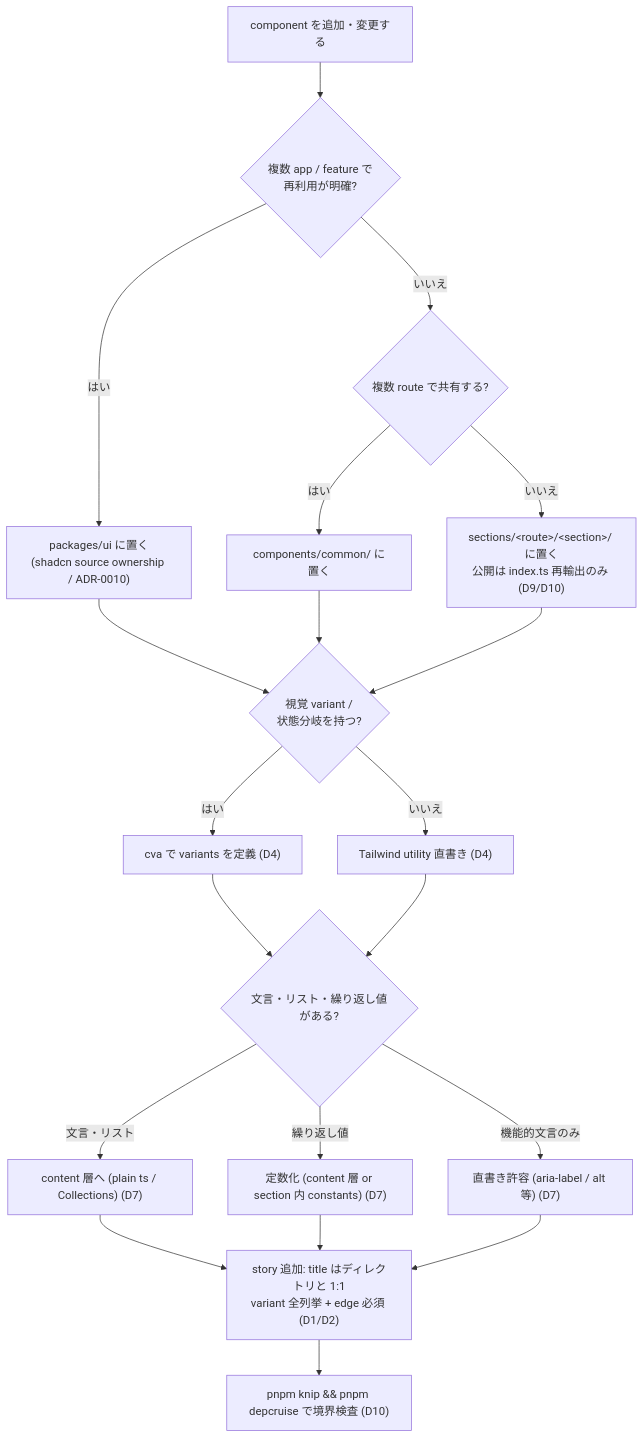
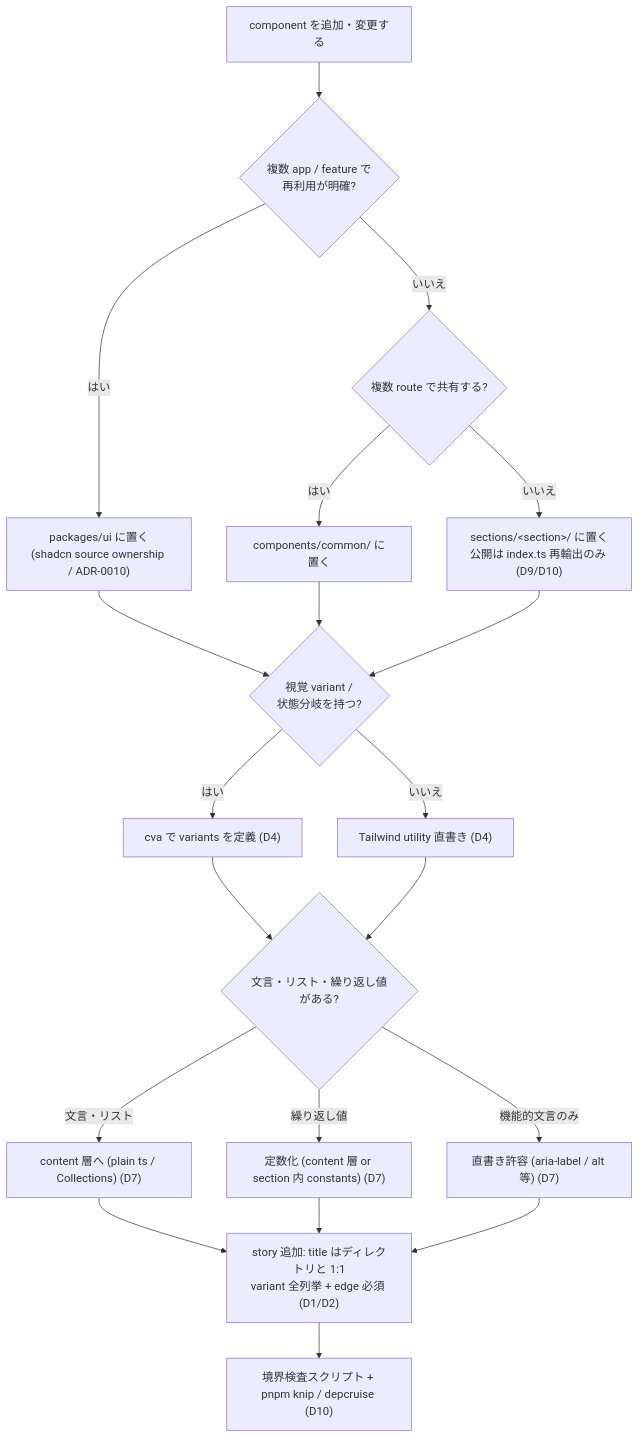
One commit to Fukuemon/kufu-apps changed the first of 3 diagrams in specs/32-component-architecture/index.md. Above: the diagram before and after it, drawn with Mermaid. The commit also changed other lines of this file, not shown here.

````diff
--- a/specs/32-component-architecture/index.md
+++ b/specs/32-component-architecture/index.md
@@ -347,22 +396,22 @@
 ```mermaid
 flowchart TD
     Start["component を追加・変更する"] --> Q1{"複数 app / feature で\n再利用が明確?"}
     Q1 -->|"はい"| UI["packages/ui に置く\n(shadcn source ownership / ADR-0010)"]
     Q1 -->|"いいえ"| Q2{"複数 route で共有する?"}
     Q2 -->|"はい"| Common["components/common/ に置く"]
-    Q2 -->|"いいえ"| Section["sections/&lt;route&gt;/&lt;section&gt;/ に置く\n公開は index.ts 再輸出のみ (D9/D10)"]
+    Q2 -->|"いいえ"| Section["sections/&lt;section&gt;/ に置く\n公開は index.ts 再輸出のみ (D9/D10)"]
     Common --> Q3
     UI --> Q3
     Section --> Q3{"視覚 variant /\n状態分岐を持つ?"}
     Q3 -->|"はい"| Cva["cva で variants を定義 (D4)"]
     Q3 -->|"いいえ"| Utility["Tailwind utility 直書き (D4)"]
     Cva --> Q4{"文言・リスト・繰り返し値がある?"}
     Utility --> Q4
     Q4 -->|"文言・リスト"| Content["content 層へ (plain ts / Collections) (D7)"]
     Q4 -->|"繰り返し値"| Const["定数化 (content 層 or section 内 constants) (D7)"]
     Q4 -->|"機能的文言のみ"| Inline["直書き許容 (aria-label / alt 等) (D7)"]
     Content --> Story["story 追加: title はディレクトリと 1:1\nvariant 全列挙 + edge 必須 (D1/D2)"]
     Const --> Story
     Inline --> Story
-    Story --> Check["pnpm knip && pnpm depcruise で境界検査 (D10)"]
+    Story --> Check["境界検査スクリプト + pnpm knip / depcruise (D10)"]
 ```
````
